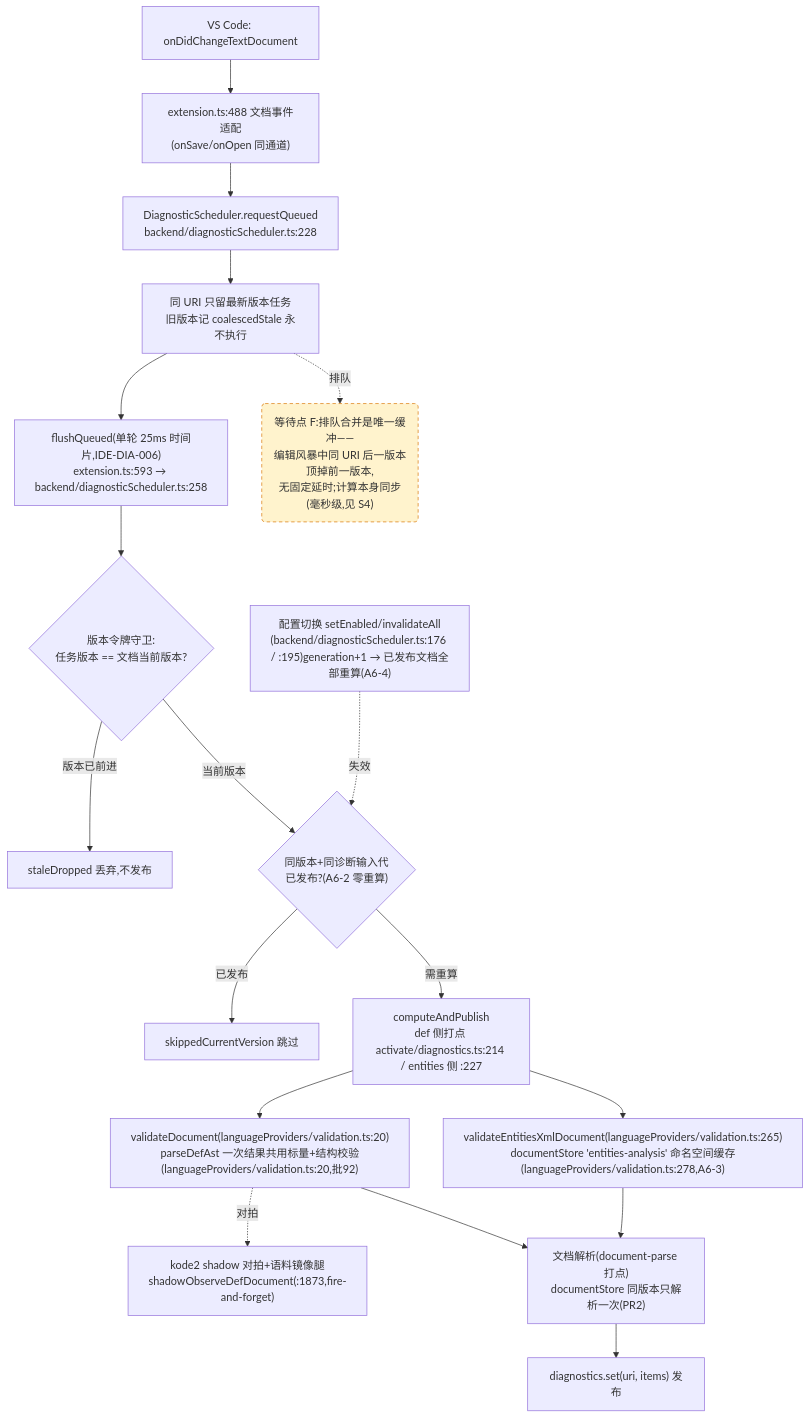
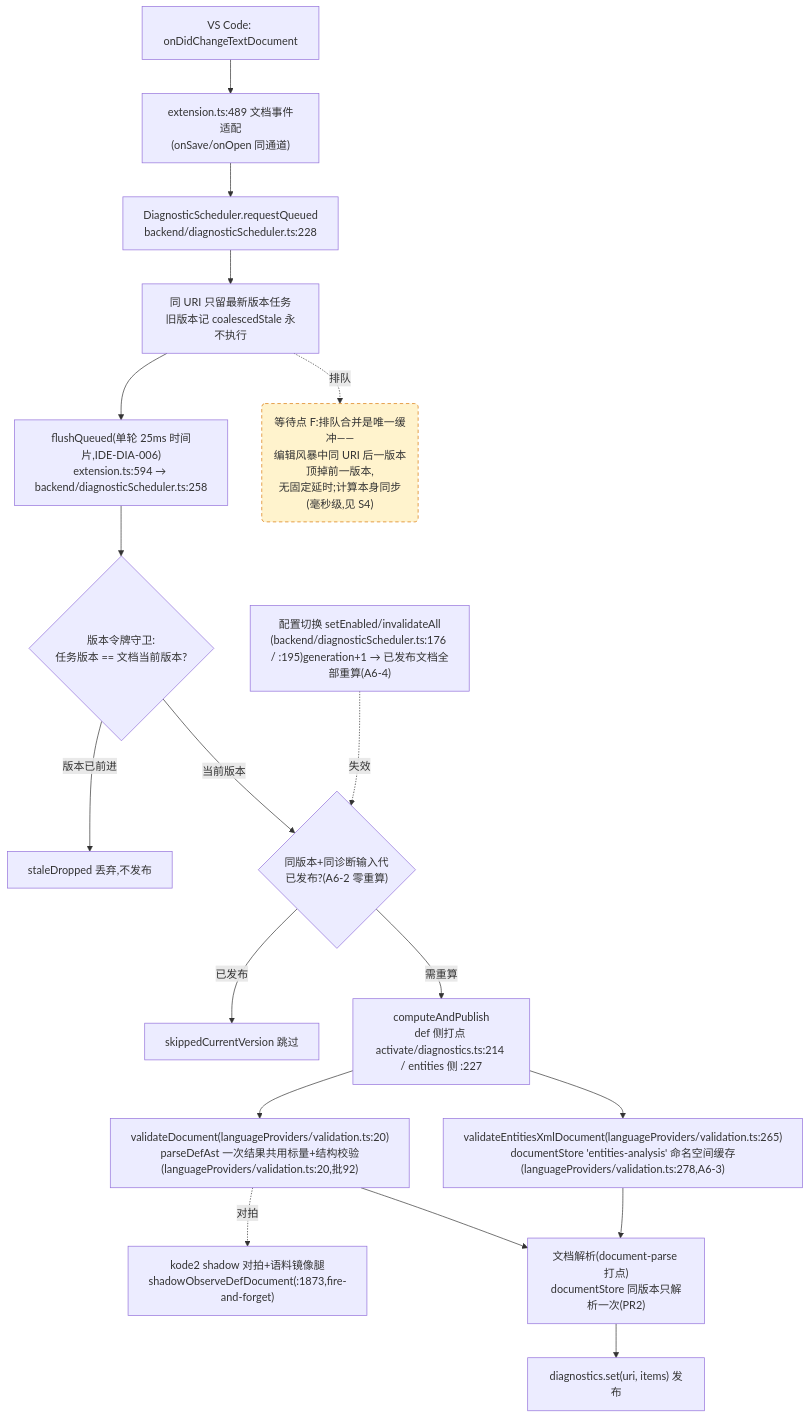
Before and after one commit to cuihairu/kode: the fourth of 4 diagrams in docs/perf/2026-baseline.md, drawn with Mermaid. The commit also changed other lines of this file and 27 other files, not shown here.

````diff
--- a/docs/perf/2026-baseline.md
+++ b/docs/perf/2026-baseline.md
@@ -232,38 +232,38 @@
 ```mermaid
 flowchart TD
   CHG["VS Code: onDidChangeTextDocument"]
-  WATCH["extension.ts:488 文档事件适配<br/>(onSave/onOpen 同通道)"]
+  WATCH["extension.ts:489 文档事件适配<br/>(onSave/onOpen 同通道)"]
   RQ["DiagnosticScheduler.requestQueued<br/>backend/diagnosticScheduler.ts:228"]
   CO["同 URI 只留最新版本任务<br/>旧版本记 coalescedStale 永不执行"]
-  FL["flushQueued(单轮 25ms 时间片,IDE-DIA-006)<br/>extension.ts:593 → backend/diagnosticScheduler.ts:258"]
+  FL["flushQueued(单轮 25ms 时间片,IDE-DIA-006)<br/>extension.ts:594 → backend/diagnosticScheduler.ts:258"]
   VG{"版本令牌守卫:<br/>任务版本 == 文档当前版本?"}
   DROP["staleDropped 丢弃,不发布"]
   GEN{"同版本+同诊断输入代<br/>已发布?(A6-2 零重算)"}
   SKIP["skippedCurrentVersion 跳过"]
   CALC["computeAndPublish<br/>def 侧打点 activate/diagnostics.ts:214 / entities 侧 :227"]
   VD["validateDocument(languageProviders/validation.ts:20)<br/>parseDefAst 一次结果共用标量+结构校验(languageProviders/validation.ts:20,批92)"]
   VEX["validateEntitiesXmlDocument(languageProviders/validation.ts:265)<br/>documentStore 'entities-analysis' 命名空间缓存(languageProviders/validation.ts:278,A6-3)"]
   SHDD["kode2 shadow 对拍+语料镜像腿<br/>shadowObserveDefDocument(:1873,fire-and-forget)"]
   DS["文档解析(document-parse 打点)<br/>documentStore 同版本只解析一次(PR2)"]
   PUB["diagnostics.set(uri, items) 发布"]
   CFG2["配置切换 setEnabled/invalidateAll<br/>(backend/diagnosticScheduler.ts:176 / :195)generation+1 → 已发布文档全部重算(A6-4)"]
 
   CHG --> WATCH --> RQ --> CO --> FL --> VG
   VG -- "版本已前进" --> DROP
   VG -- "当前版本" --> GEN
   GEN -- "已发布" --> SKIP
   GEN -- "需重算" --> CALC
   CALC --> VD
   CALC --> VEX
   VD --> DS
   VEX --> DS
   DS --> PUB
   VD -.->|对拍| SHDD
   CFG2 -.->|失效| GEN
 
   WAITF("等待点 F:排队合并是唯一缓冲——<br/>编辑风暴中同 URI 后一版本顶掉前一版本,<br/>无固定延时;计算本身同步(毫秒级,见 S4)")
   CO -.->|排队| WAITF
 
   classDef waitPoint fill:#fff3cd,stroke:#d97706,stroke-dasharray:5 4;
   class WAITF waitPoint;
 ```
````
